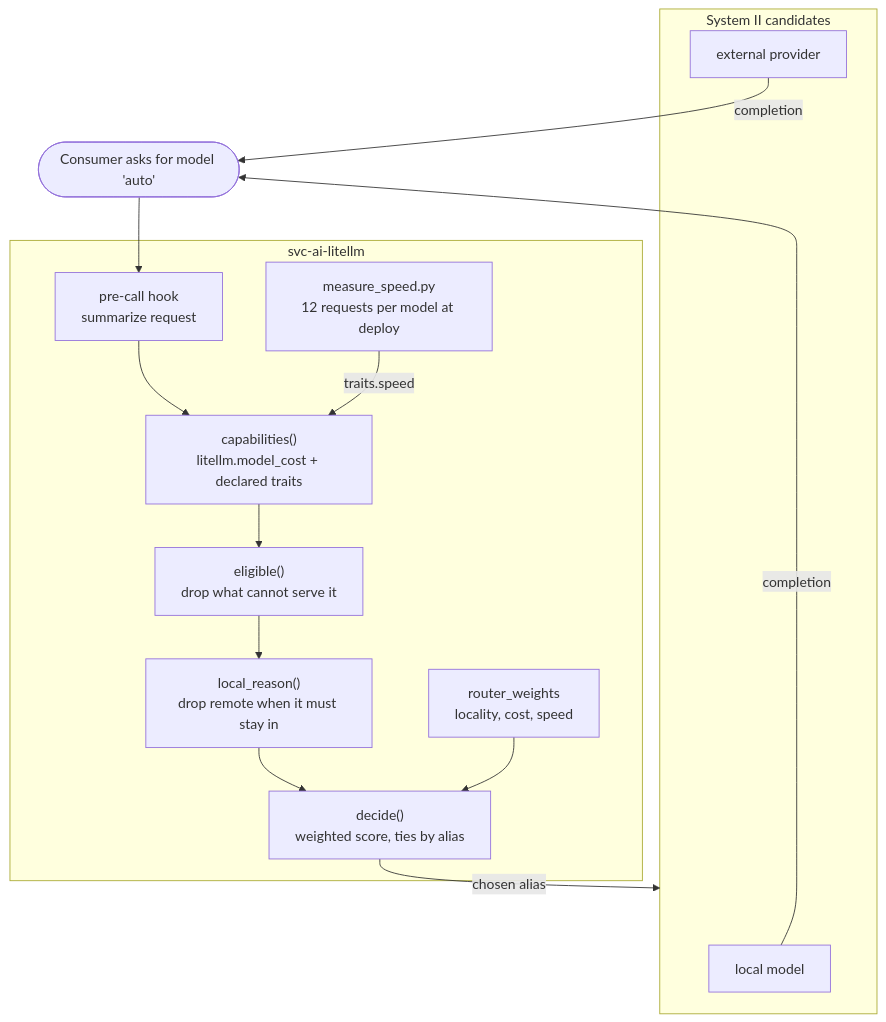
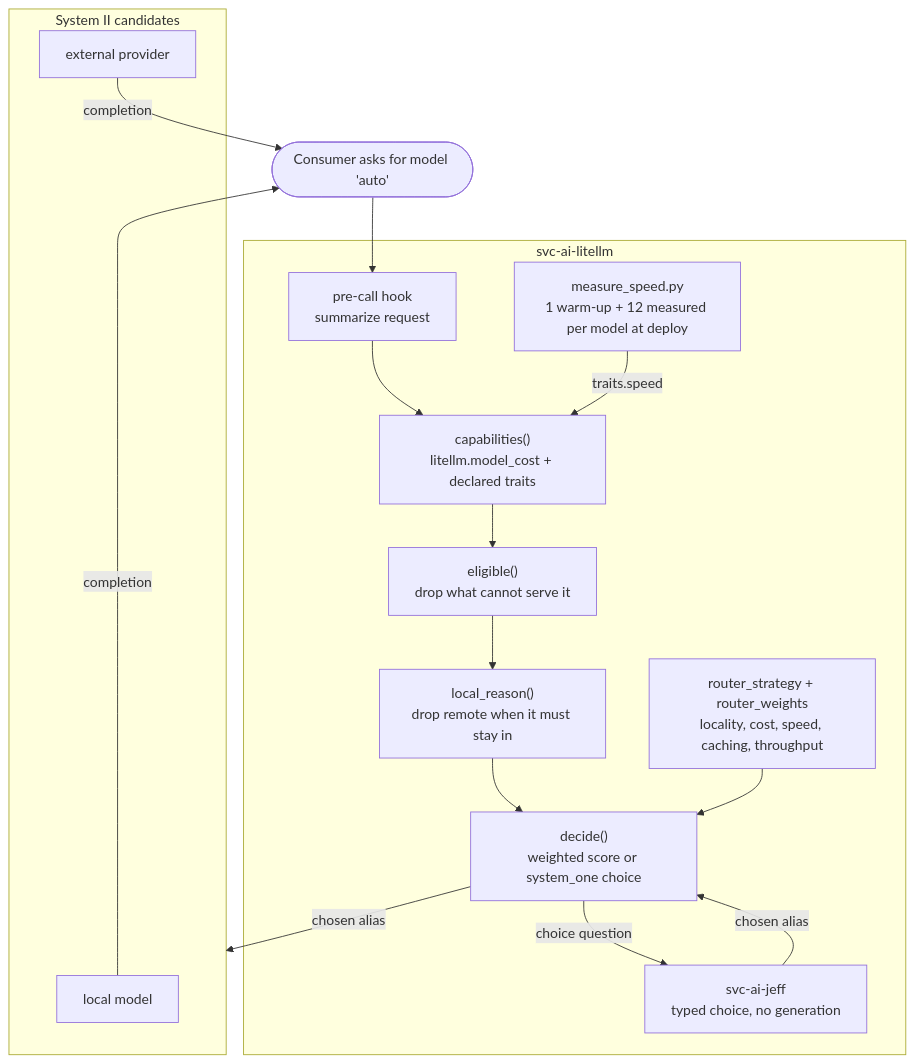
One commit to infinito-nexus/core changed the diagram in docs/requirements/038-system-one-model-router.md. Above: the diagram before and after it, drawn with Mermaid. The commit also changed other lines of this file and 15 other files, not shown here.

````diff
--- a/docs/requirements/038-system-one-model-router.md
+++ b/docs/requirements/038-system-one-model-router.md
@@ -84,25 +120,28 @@
 ```mermaid
 flowchart TB
     consumer([Consumer asks for model 'auto'])
 
     subgraph gw["svc-ai-litellm"]
         hook["pre-call hook<br/>summarize request"]
         caps["capabilities()<br/>litellm.model_cost + declared traits"]
         elig["eligible()<br/>drop what cannot serve it"]
         keep["local_reason()<br/>drop remote when it must stay in"]
-        dec["decide()<br/>weighted score, ties by alias"]
-        weights["router_weights<br/>locality, cost, speed"]
-        rates["measure_speed.py<br/>12 requests per model at deploy"]
+        dec["decide()<br/>weighted score or system_one choice"]
+        jeff["svc-ai-jeff<br/>typed choice, no generation"]
+        weights["router_strategy + router_weights<br/>locality, cost, speed, caching, throughput"]
+        rates["measure_speed.py<br/>1 warm-up + 12 measured per model at deploy"]
     end
 
     subgraph sys2["System II candidates"]
         small["local model"]
         remote["external provider"]
     end
 
     consumer --> hook --> caps --> elig --> keep --> dec
     weights --> dec
+    dec -->|choice question| jeff
+    jeff -->|chosen alias| dec
     rates -->|traits.speed| caps
     dec -->|chosen alias| sys2
     small & remote -->|completion| consumer
 ```
````
